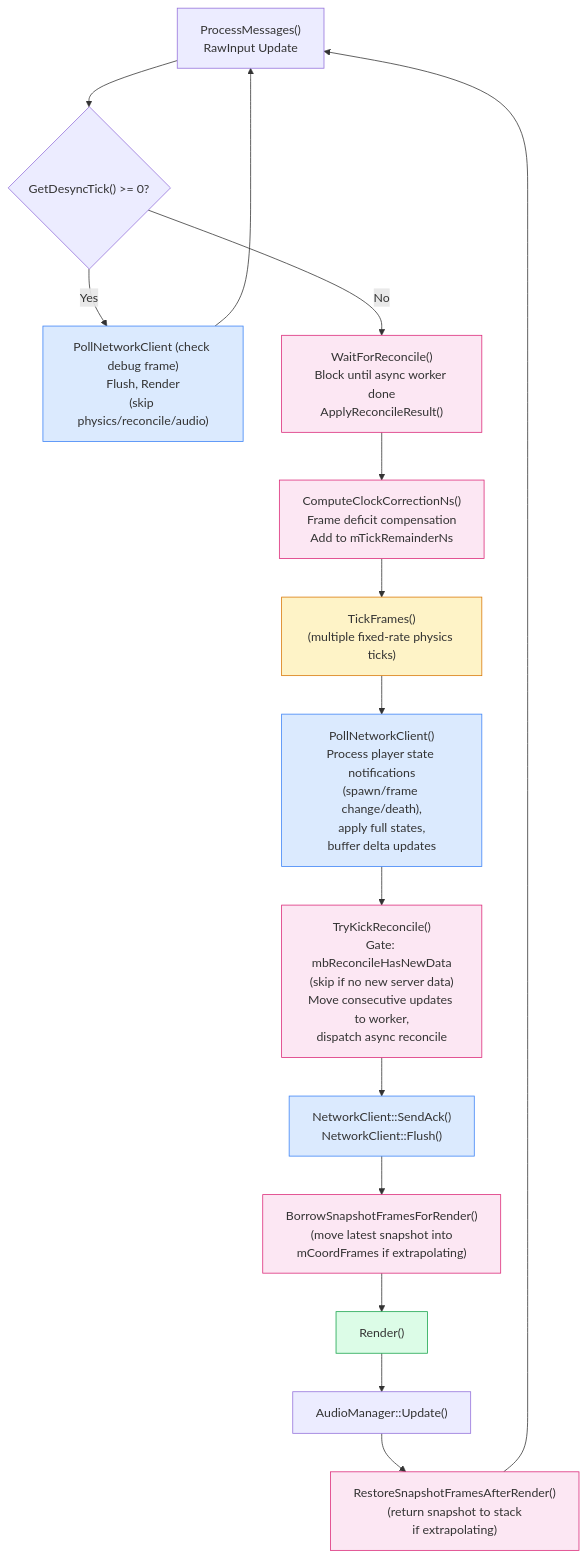
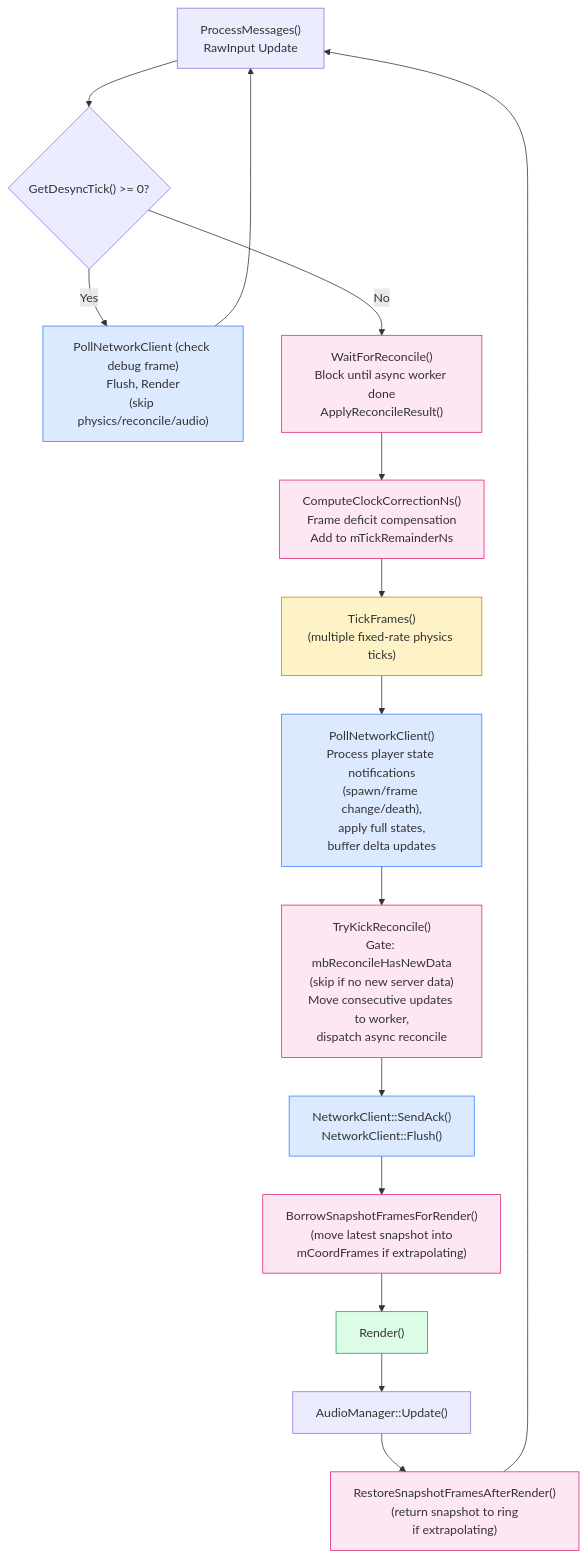
Before and after one commit to DougTanner/BrokenEnginePublic: the third of 4 diagrams in Documents/Architecture/GameReconciliation.md, drawn with Mermaid. The commit also changed other lines of this file and 7 other files, not shown here.

````diff
--- a/Documents/Architecture/GameReconciliation.md
+++ b/Documents/Architecture/GameReconciliation.md
@@ -83,36 +83,36 @@
 ```mermaid
 %%{init: {'theme': 'default'}}%%
 flowchart TD
     classDef network fill:#dbeafe,stroke:#3b82f6
     classDef physics fill:#fef3c7,stroke:#d97706
     classDef render fill:#dcfce7,stroke:#16a34a
     classDef reconcile fill:#fce7f3,stroke:#db2777
 
     MSG["ProcessMessages()<br/>RawInput Update"] --> DESYNC_CHECK
 
     DESYNC_CHECK{"GetDesyncTick() >= 0?"}
     DESYNC_CHECK -->|"Yes"| DEBUG_PATH["PollNetworkClient (check debug frame)<br/>Flush, Render<br/>(skip physics/reconcile/audio)"]:::network
     DEBUG_PATH --> MSG
 
     DESYNC_CHECK -->|"No"| WAIT["WaitForReconcile()<br/>Block until async worker done<br/>ApplyReconcileResult()"]:::reconcile
 
     WAIT --> CLOCK["ComputeClockCorrectionNs()<br/>Frame deficit compensation<br/>Add to mTickRemainderNs"]:::reconcile
 
     CLOCK --> PHYSICS["TickFrames()<br/>(multiple fixed-rate physics ticks)"]:::physics
 
     PHYSICS --> POLL["PollNetworkClient()<br/>Process player state notifications<br/>(spawn/frame change/death),<br/>apply full states,<br/>buffer delta updates"]:::network
 
     POLL --> KICK["TryKickReconcile()<br/>Gate: mbReconcileHasNewData<br/>(skip if no new server data)<br/>Move consecutive updates to worker,<br/>dispatch async reconcile"]:::reconcile
 
     KICK --> SEND["NetworkClient::SendAck()<br/>NetworkClient::Flush()"]:::network
 
     SEND --> BORROW["BorrowSnapshotFramesForRender()<br/>(move latest snapshot into<br/>mCoordFrames if extrapolating)"]:::reconcile
 
     BORROW --> RENDER["Render()"]:::render
 
     RENDER --> AUDIO["AudioManager::Update()"]
 
-    AUDIO --> RESTORE["RestoreSnapshotFramesAfterRender()<br/>(return snapshot to stack<br/>if extrapolating)"]:::reconcile
+    AUDIO --> RESTORE["RestoreSnapshotFramesAfterRender()<br/>(return snapshot to ring<br/>if extrapolating)"]:::reconcile
 
     RESTORE --> MSG
 ```
````
